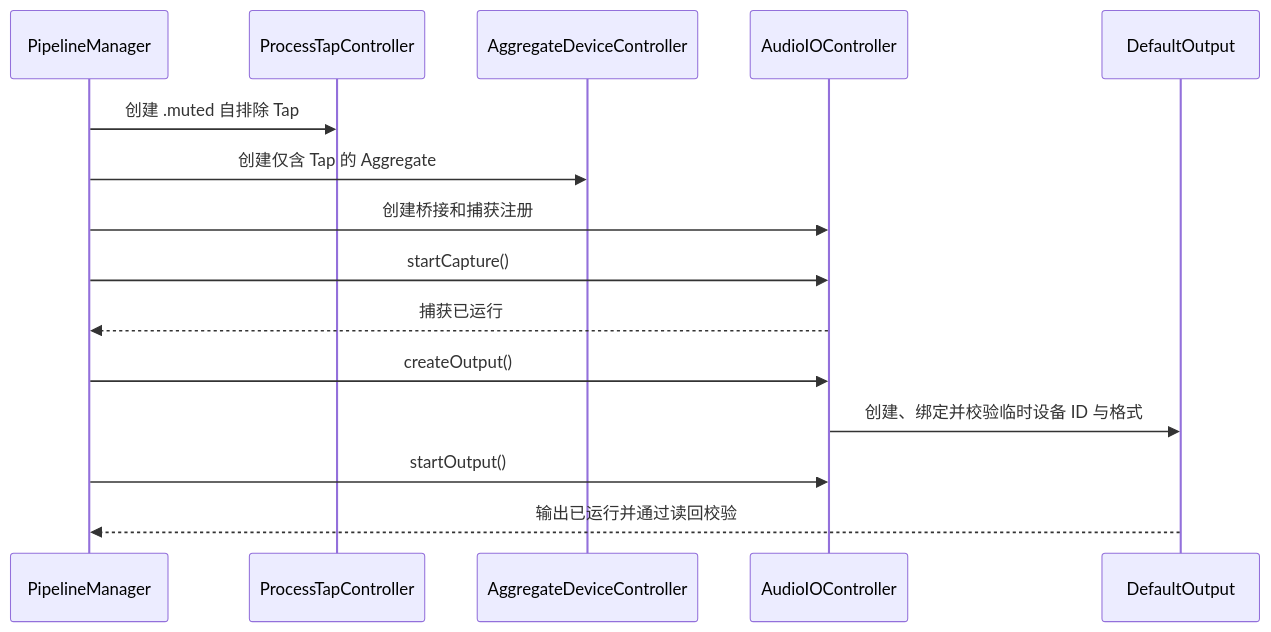
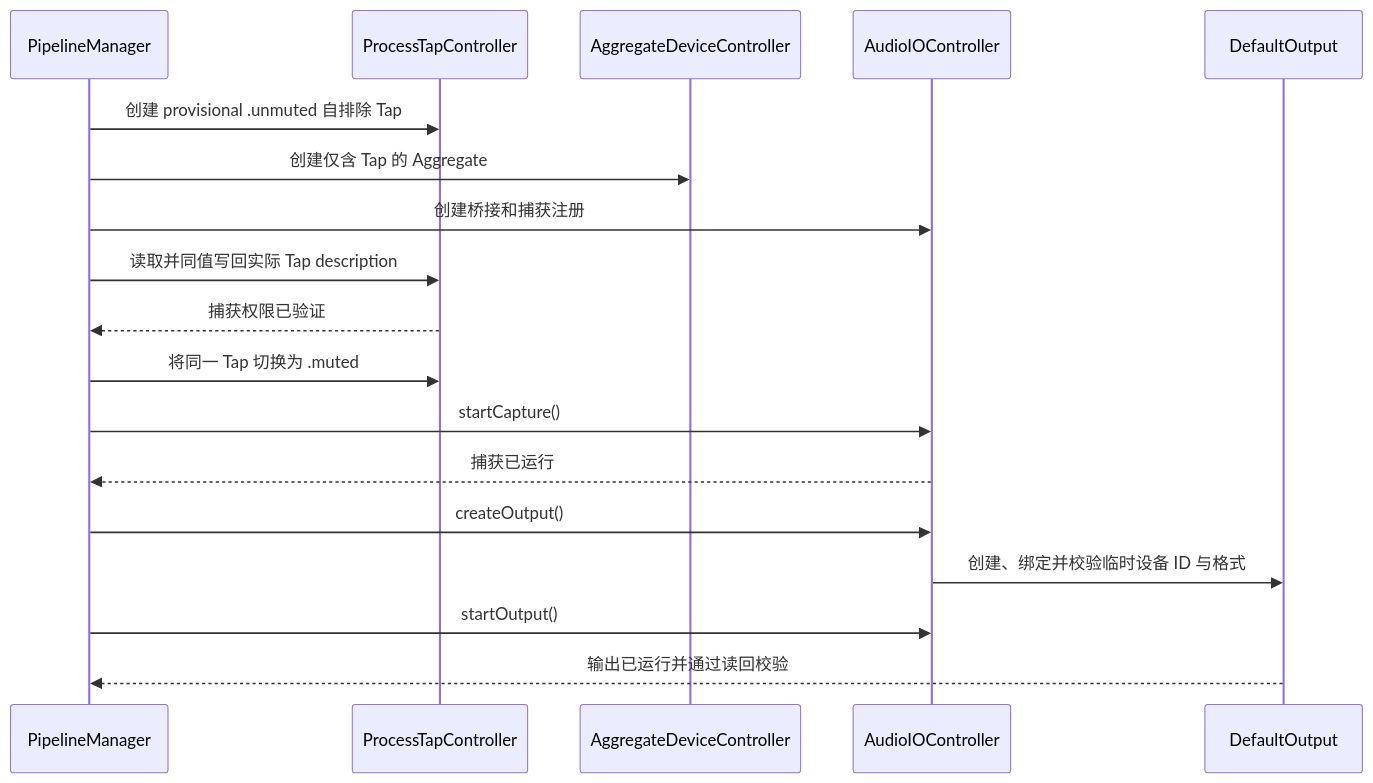
One commit to crmmc/EqualizerAU changed the fourth of 10 diagrams in docs/architecture.md. Above: the diagram before and after it, drawn with Mermaid. The commit also changed other lines of this file and 19 other files, not shown here.

````diff
--- a/docs/architecture.md
+++ b/docs/architecture.md
@@ -164,18 +169,21 @@
 ```mermaid
 sequenceDiagram
     participant P as PipelineManager
     participant T as ProcessTapController
     participant A as AggregateDeviceController
     participant I as AudioIOController
     participant O as DefaultOutput
 
-    P->>T: 创建 .muted 自排除 Tap
+    P->>T: 创建 provisional .unmuted 自排除 Tap
     P->>A: 创建仅含 Tap 的 Aggregate
     P->>I: 创建桥接和捕获注册
+    P->>T: 读取并同值写回实际 Tap description
+    T-->>P: 捕获权限已验证
+    P->>T: 将同一 Tap 切换为 .muted
     P->>I: startCapture()
     I-->>P: 捕获已运行
     P->>I: createOutput()
     I->>O: 创建、绑定并校验临时设备 ID 与格式
     P->>I: startOutput()
     O-->>P: 输出已运行并通过读回校验
 ```
````
